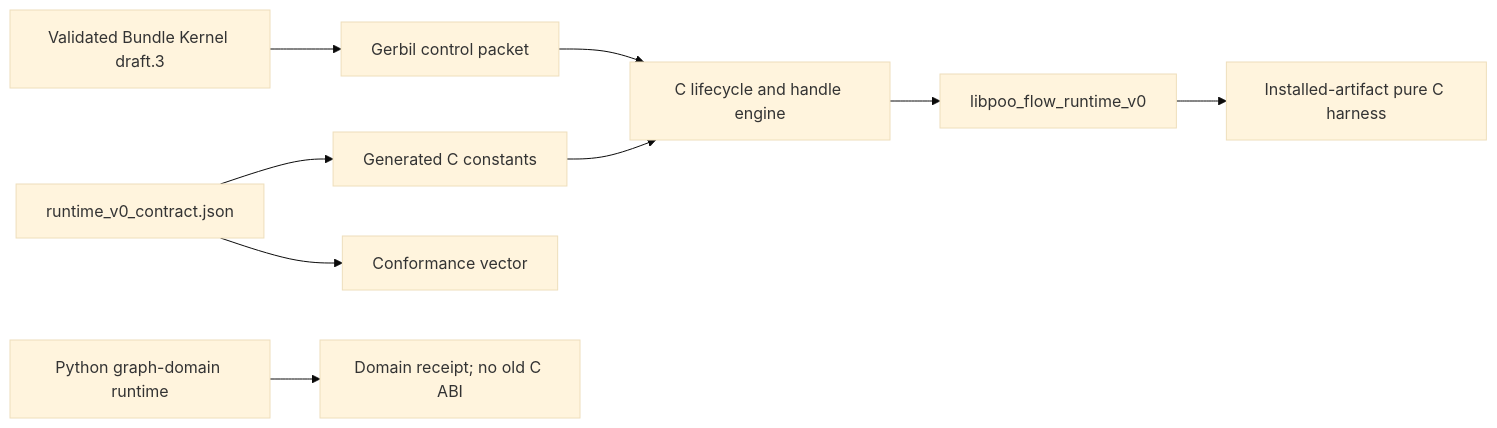
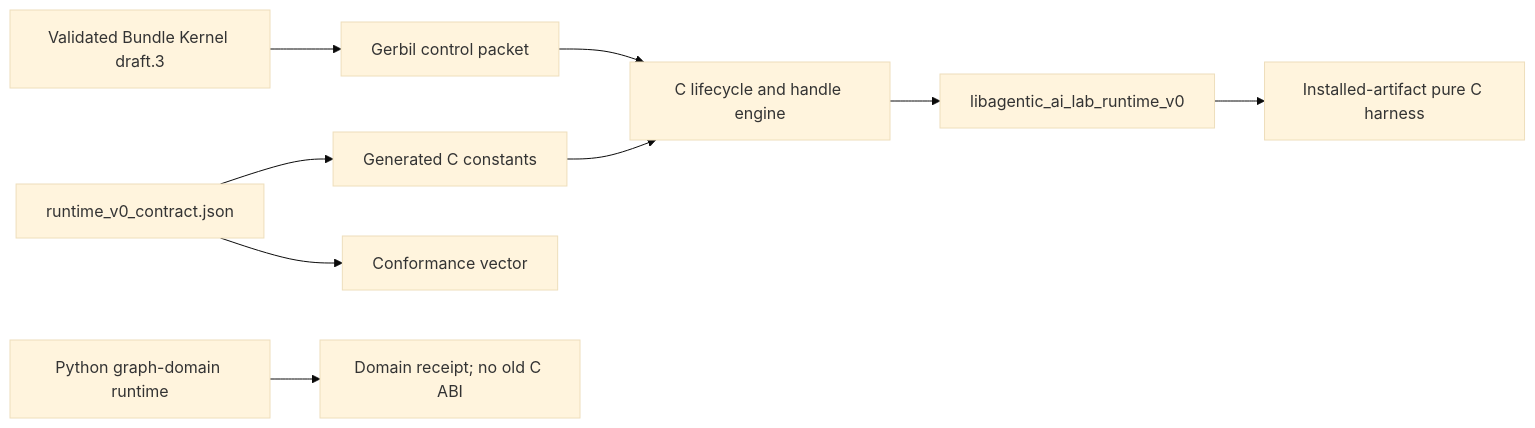
One commit to tao3k/gebril-yuanxu changed the diagram in module-system/design/115-agentic-control-plane-ac05-runtime-v0-control-lane-receipt.org. Above: the diagram before and after it, drawn with Mermaid (base theme). The commit also changed other lines of this file and 507 other files, not shown here.

```diff
--- a/module-system/design/115-agentic-control-plane-ac05-runtime-v0-control-lane-receipt.org
+++ b/module-system/design/115-agentic-control-plane-ac05-runtime-v0-control-lane-receipt.org
@@ -32,11 +32,11 @@
 #+begin_src mermaid
 flowchart LR
   Bundle["Validated Bundle Kernel draft.3"] --> Projection["Gerbil control packet"]
   Contract["runtime_v0_contract.json"] --> Header["Generated C constants"]
   Contract --> Vector["Conformance vector"]
   Header --> Engine["C lifecycle and handle engine"]
   Projection --> Engine
-  Engine --> Library["libpoo_flow_runtime_v0"]
+  Engine --> Library["libagentic_ai_lab_runtime_v0"]
   Library --> Harness["Installed-artifact pure C harness"]
   Graph["Python graph-domain runtime"] --> DomainReceipt["Domain receipt; no old C ABI"]
 #+end_src
```
